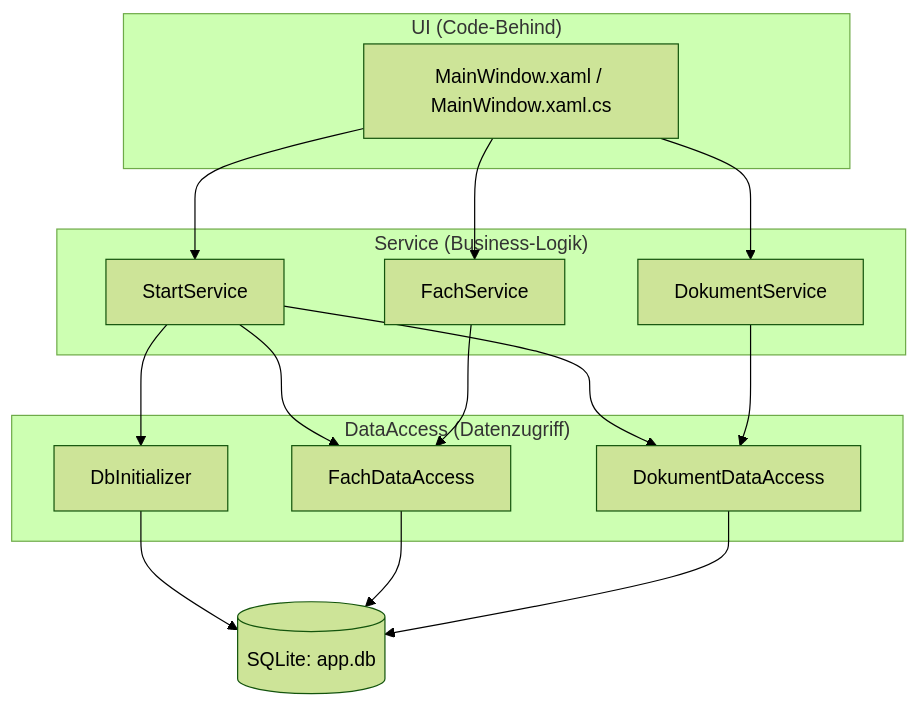
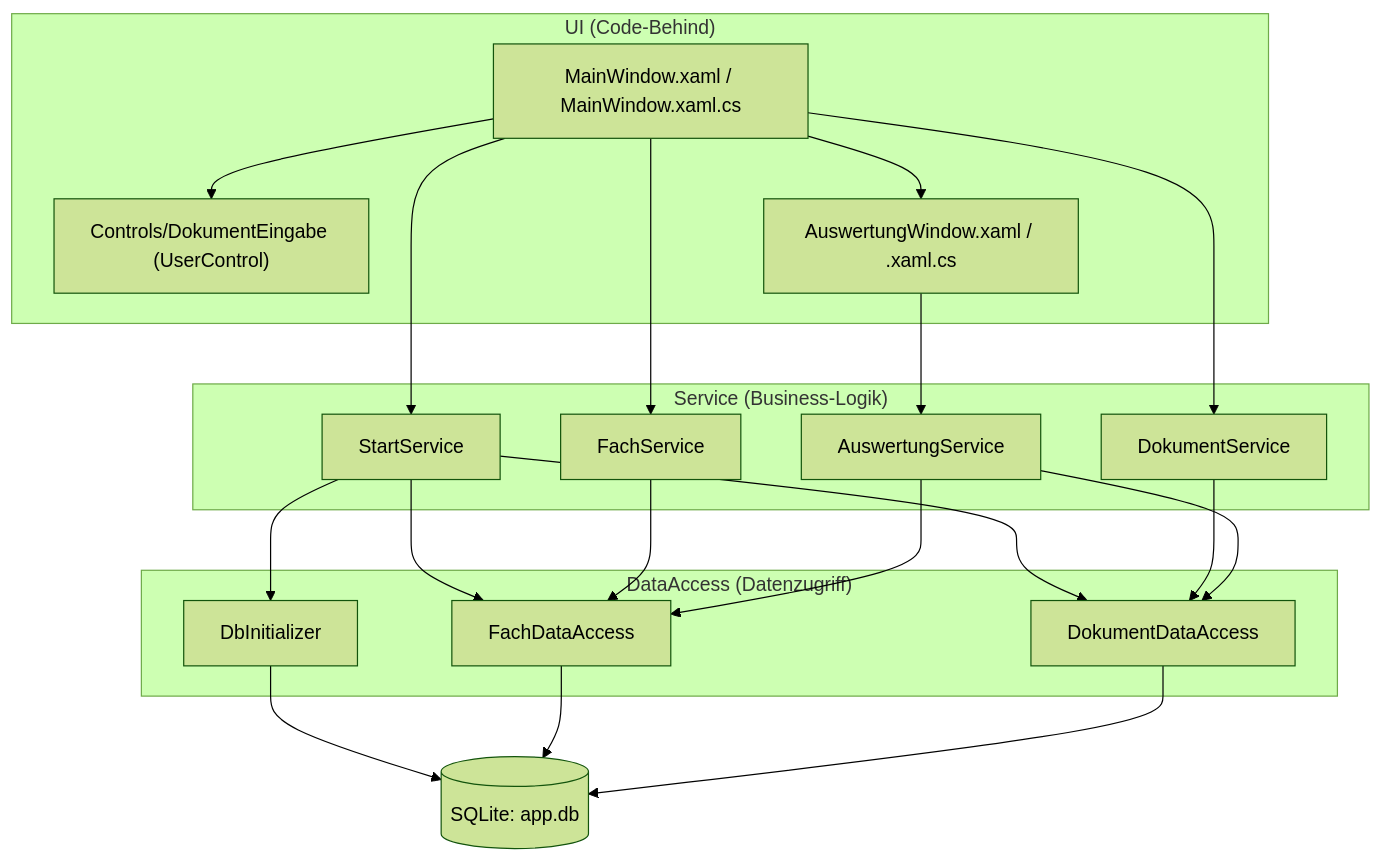
The diagram in docs/K1_Schichtenarchitektur.md (pak111-jpg/PRG1_Smart-LMS), drawn with Mermaid (forest theme) before and after one commit. The commit also changed other lines of this file, not shown here.

Commit message:
docs: add K1 challenge, updated layer diagram and KI-Protokoll

````diff
--- a/docs/K1_Schichtenarchitektur.md
+++ b/docs/K1_Schichtenarchitektur.md
@@ -8,34 +8,42 @@
 ```mermaid
 flowchart TD
     subgraph UI["UI (Code-Behind)"]
         MW["MainWindow.xaml / MainWindow.xaml.cs"]
+        DE["Controls/DokumentEingabe (UserControl)"]
+        AW["AuswertungWindow.xaml / .xaml.cs"]
     end
 
     subgraph Service["Service (Business-Logik)"]
         SS["StartService"]
         FS["FachService"]
         DS["DokumentService"]
+        AS["AuswertungService"]
     end
 
     subgraph DA["DataAccess (Datenzugriff)"]
         DBI["DbInitializer"]
         FDA["FachDataAccess"]
         DDA["DokumentDataAccess"]
     end
 
     DB[("SQLite: app.db")]
 
     MW --> SS
     MW --> FS
     MW --> DS
+    MW --> DE
+    MW --> AW
+    AW --> AS
 
     SS --> DBI
     SS --> FDA
     SS --> DDA
     FS --> FDA
     DS --> DDA
+    AS --> FDA
+    AS --> DDA
 
     DBI --> DB
     FDA --> DB
     DDA --> DB
 ```
````
